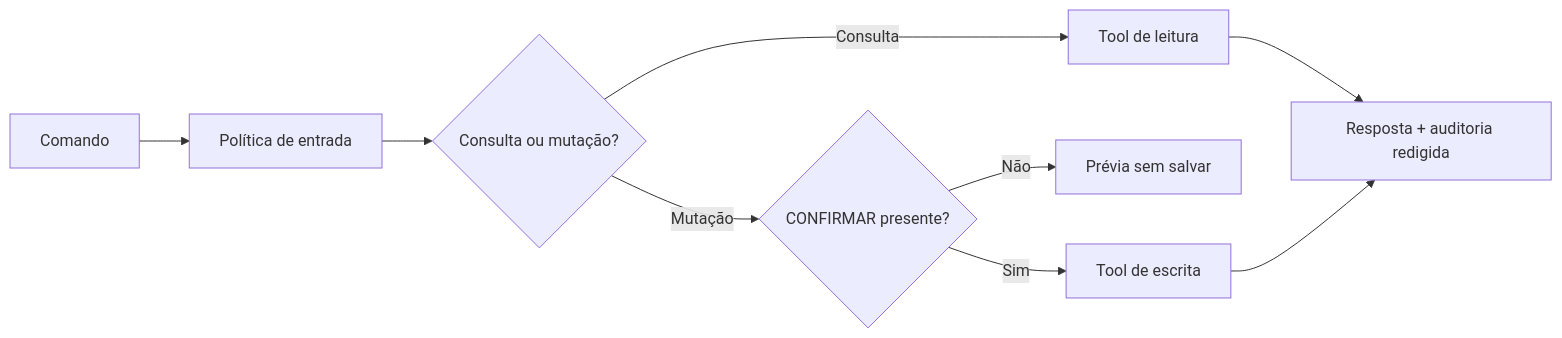
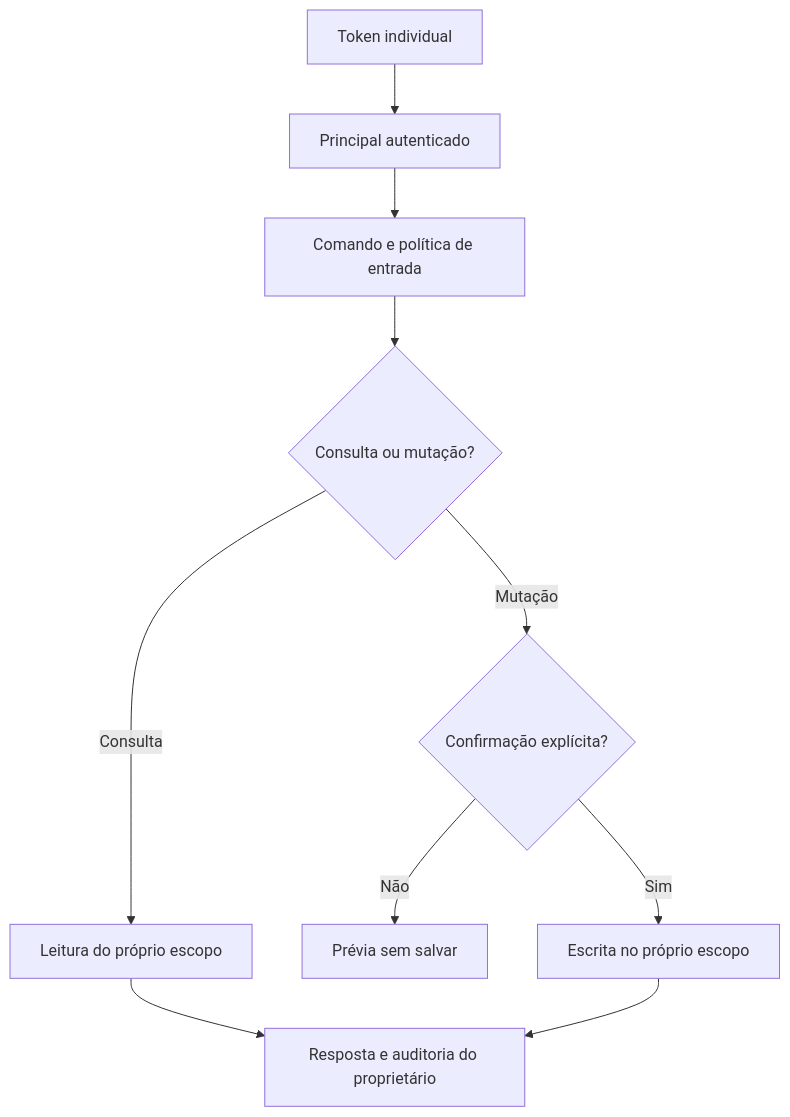
One commit to MauricioTaguchi/smart-budget-ai-api changed the diagram in README.md. Above: the diagram before and after it, drawn with Mermaid. The commit also changed other lines of this file and 55 other files, not shown here.

````diff
--- a/README.md
+++ b/README.md
@@ -21,11 +23,12 @@
 ```mermaid
-flowchart LR
-    A[Comando] --> B[Política de entrada]
-    B --> C{Consulta ou mutação?}
-    C -->|Consulta| D[Tool de leitura]
-    C -->|Mutação| E{CONFIRMAR presente?}
-    E -->|Não| F[Prévia sem salvar]
-    E -->|Sim| G[Tool de escrita]
-    D --> H[Resposta + auditoria redigida]
-    G --> H
+flowchart TD
+    A[Token individual] --> B[Principal autenticado]
+    B --> C[Comando e política de entrada]
+    C --> D{Consulta ou mutação?}
+    D -->|Consulta| E[Leitura do próprio escopo]
+    D -->|Mutação| F{Confirmação explícita?}
+    F -->|Não| G[Prévia sem salvar]
+    F -->|Sim| H[Escrita no próprio escopo]
+    E --> I[Resposta e auditoria do proprietário]
+    H --> I
 ```
````
